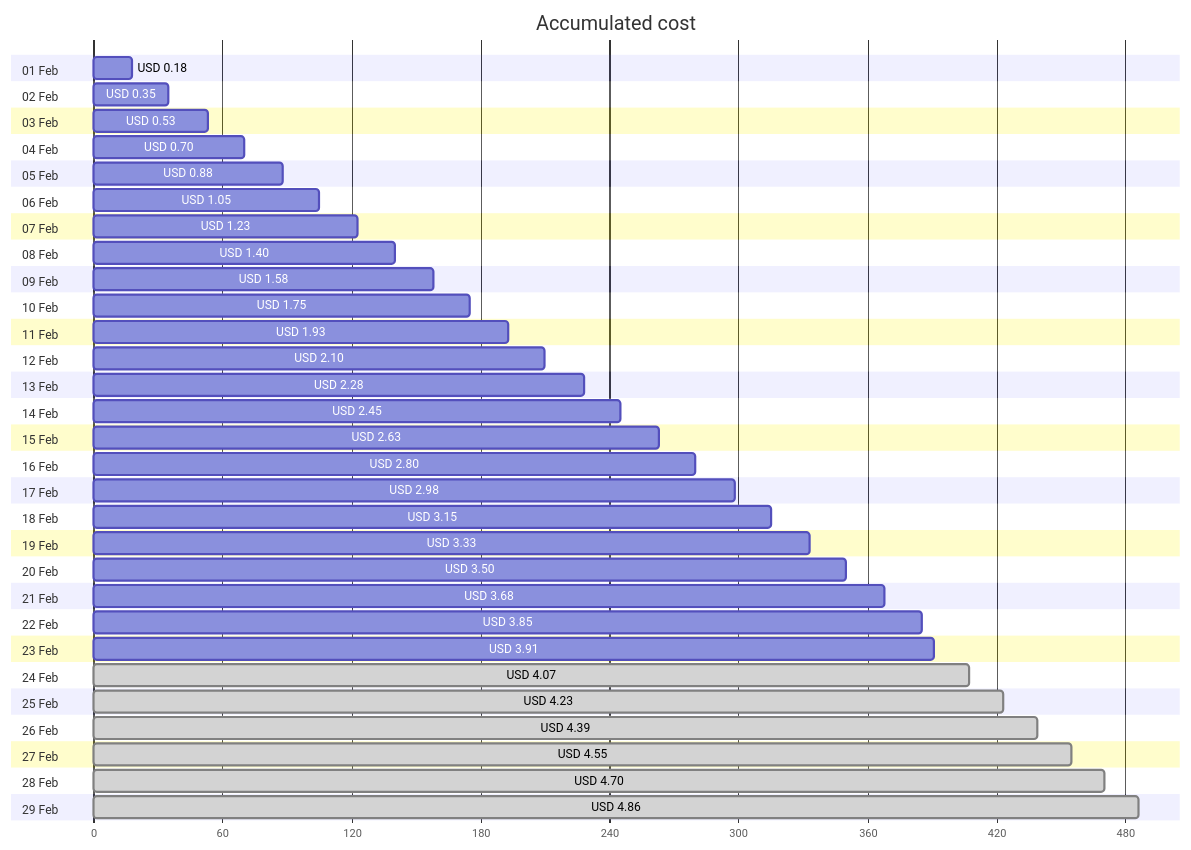
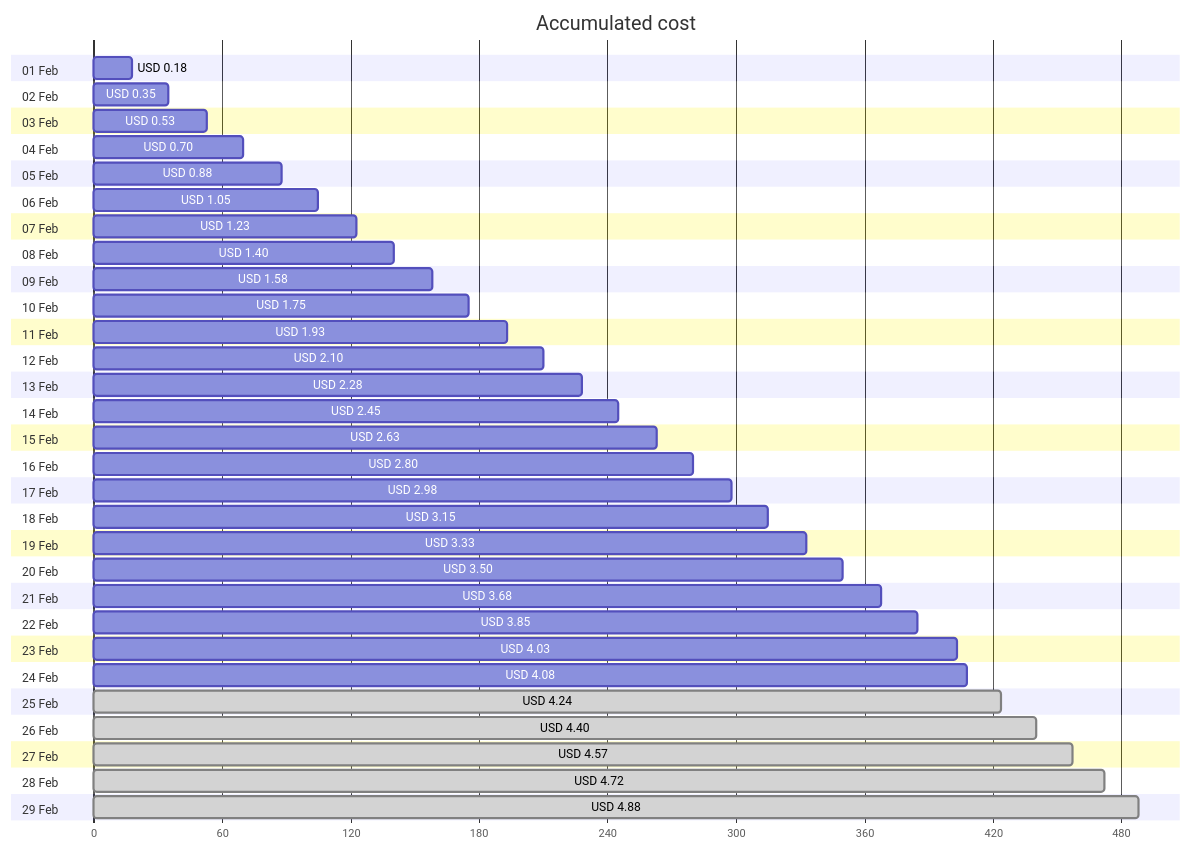
One commit to jpfulton/azure-personal-reports changed the first of 4 diagrams in cost-reports/personal-network/backup-server.md. Above: the diagram before and after it, drawn with Mermaid. The commit also changed other lines of this file and 8 other files, not shown here.

````diff
--- a/cost-reports/personal-network/backup-server.md
+++ b/cost-reports/personal-network/backup-server.md
@@ -20,64 +20,64 @@
 ```mermaid
 gantt
    title Accumulated cost
    dateFormat  X
    axisFormat %s
    section 01 Feb
    USD 0.18 :0, 18
    section 02 Feb
    USD 0.35 :0, 35
    section 03 Feb
    USD 0.53 :0, 53
    section 04 Feb
    USD 0.70 :0, 70
    section 05 Feb
    USD 0.88 :0, 88
    section 06 Feb
    USD 1.05 :0, 105
    section 07 Feb
    USD 1.23 :0, 123
    section 08 Feb
    USD 1.40 :0, 140
    section 09 Feb
    USD 1.58 :0, 158
    section 10 Feb
    USD 1.75 :0, 175
    section 11 Feb
    USD 1.93 :0, 193
    section 12 Feb
    USD 2.10 :0, 210
    section 13 Feb
    USD 2.28 :0, 228
    section 14 Feb
    USD 2.45 :0, 245
    section 15 Feb
    USD 2.63 :0, 263
    section 16 Feb
    USD 2.80 :0, 280
    section 17 Feb
    USD 2.98 :0, 298
    section 18 Feb
    USD 3.15 :0, 315
    section 19 Feb
    USD 3.33 :0, 333
    section 20 Feb
    USD 3.50 :0, 350
    section 21 Feb
    USD 3.68 :0, 368
    section 22 Feb
    USD 3.85 :0, 385
    section 23 Feb
-   USD 3.91 :0, 391
+   USD 4.03 :0, 403
    section 24 Feb
-   USD 4.07 : done, 0, 407
+   USD 4.08 :0, 408
    section 25 Feb
-   USD 4.23 : done, 0, 423
+   USD 4.24 : done, 0, 424
    section 26 Feb
-   USD 4.39 : done, 0, 439
+   USD 4.40 : done, 0, 440
    section 27 Feb
-   USD 4.55 : done, 0, 455
+   USD 4.57 : done, 0, 457
    section 28 Feb
-   USD 4.70 : done, 0, 470
+   USD 4.72 : done, 0, 472
    section 29 Feb
-   USD 4.86 : done, 0, 486
+   USD 4.88 : done, 0, 488
 ```
````
